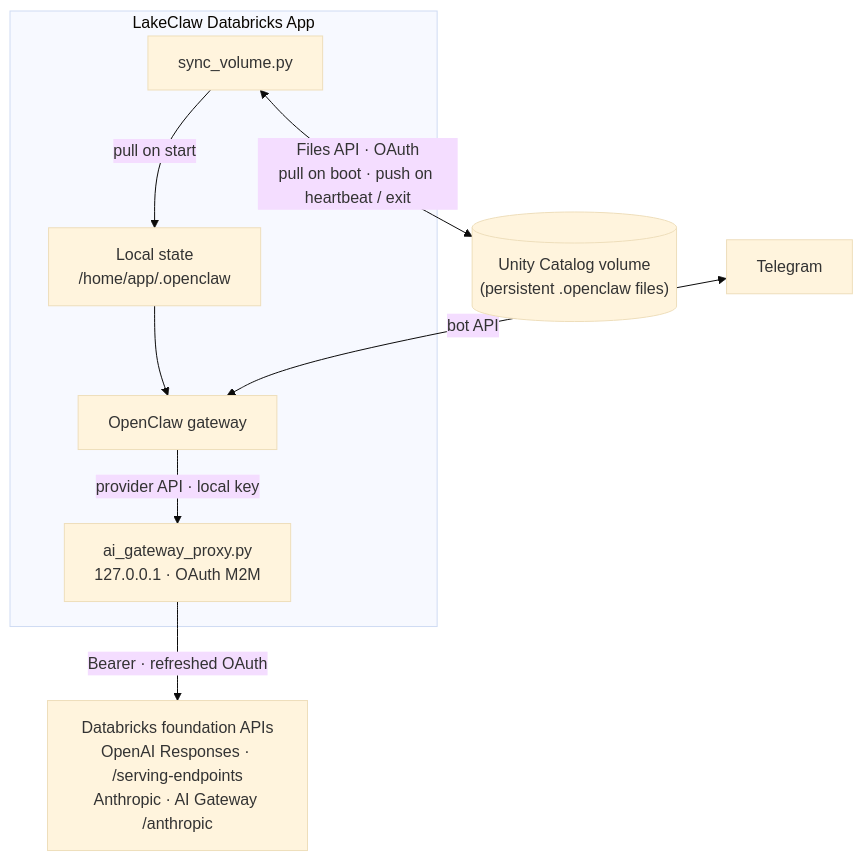
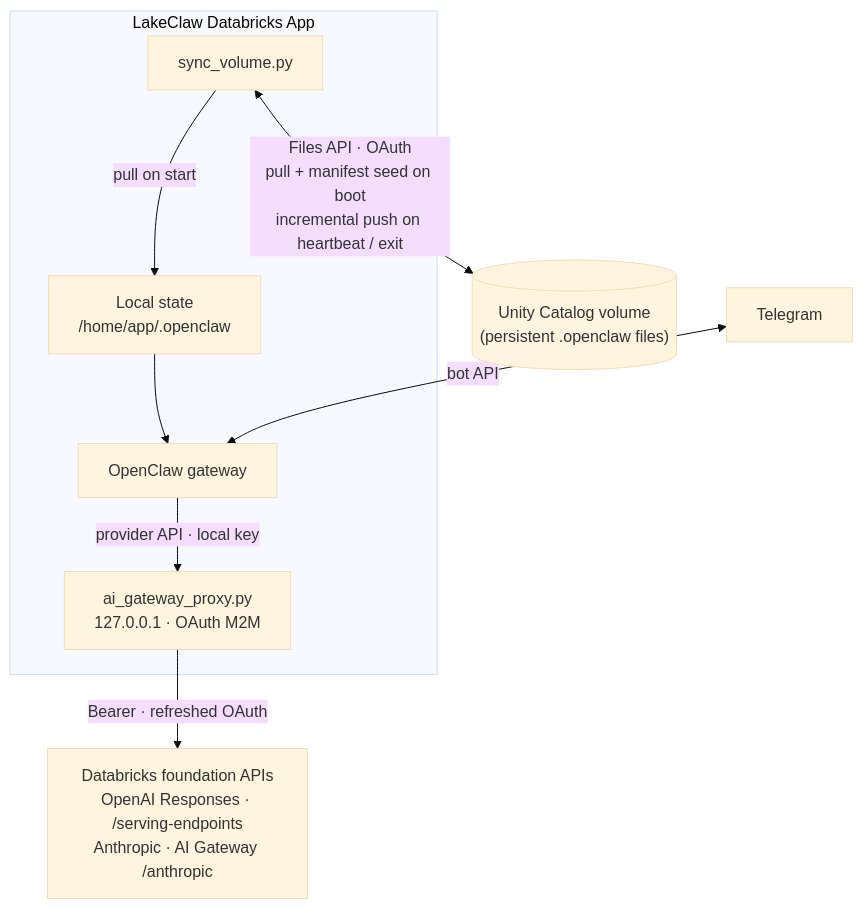
One commit to mik3lol/lakeclaw changed the diagram in README.md. Above: the diagram before and after it, drawn with Mermaid (base theme). The commit also changed other lines of this file, not shown here.

First line of the commit message:
Document incremental volume sync and push manifest in README

````diff
--- a/README.md
+++ b/README.md
@@ -11,22 +11,22 @@
 ```mermaid
 flowchart TB
   TG[Telegram]
 
   subgraph App["LakeClaw Databricks App"]
     GW[OpenClaw gateway]
     PX["ai_gateway_proxy.py<br/>127.0.0.1 · OAuth M2M"]
     DISK["Local state<br/>/home/app/.openclaw"]
     SYNC["sync_volume.py"]
 
     SYNC -->|"pull on start"| DISK
     DISK --> GW
   end
 
   FMA["Databricks foundation APIs<br/>OpenAI Responses · /serving-endpoints<br/>Anthropic · AI Gateway /anthropic"]
   VOL[("Unity Catalog volume<br/>(persistent .openclaw files)")]
 
   TG <-->|"bot API"| GW
   GW -->|"provider API · local key"| PX
   PX -->|"Bearer · refreshed OAuth"| FMA
-  SYNC <-->|"Files API · OAuth<br/>pull on boot · push on heartbeat / exit"| VOL
+  SYNC <-->|"Files API · OAuth<br/>pull + manifest seed on boot<br/>incremental push on heartbeat / exit"| VOL
 ```
````
